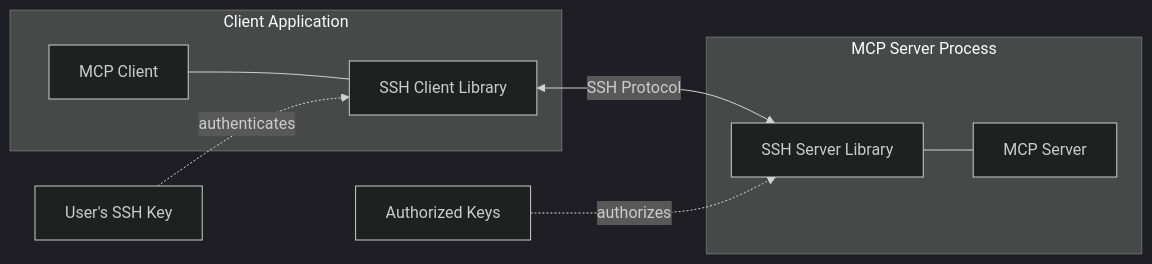
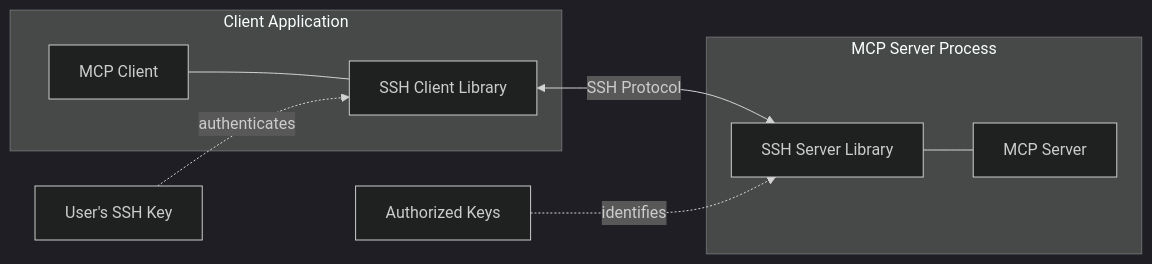
One commit to modelcontextprotocol/modelcontextprotocol changed the first of 2 diagrams in seps/0000-ssh-transport.md. Above: the diagram before and after it, drawn with Mermaid (dark theme). The commit also changed other lines of this file and 1 other file, not shown here.

````diff
--- a/seps/0000-ssh-transport.md
+++ b/seps/0000-ssh-transport.md
@@ -104,19 +100,19 @@
 ```mermaid
 flowchart LR
     subgraph Client Application
         MC[MCP Client]
         SC[SSH Client Library]
         MC --- SC
     end
 
     subgraph MCP Server Process
         SS[SSH Server Library]
         MS[MCP Server]
         SS --- MS
     end
 
     SC <-->|SSH Protocol| SS
 
     UK[User's SSH Key] -.->|authenticates| SC
-    AK[Authorized Keys] -.->|authorizes| SS
+    AK[Authorized Keys] -.->|identifies| SS
 ```
````
